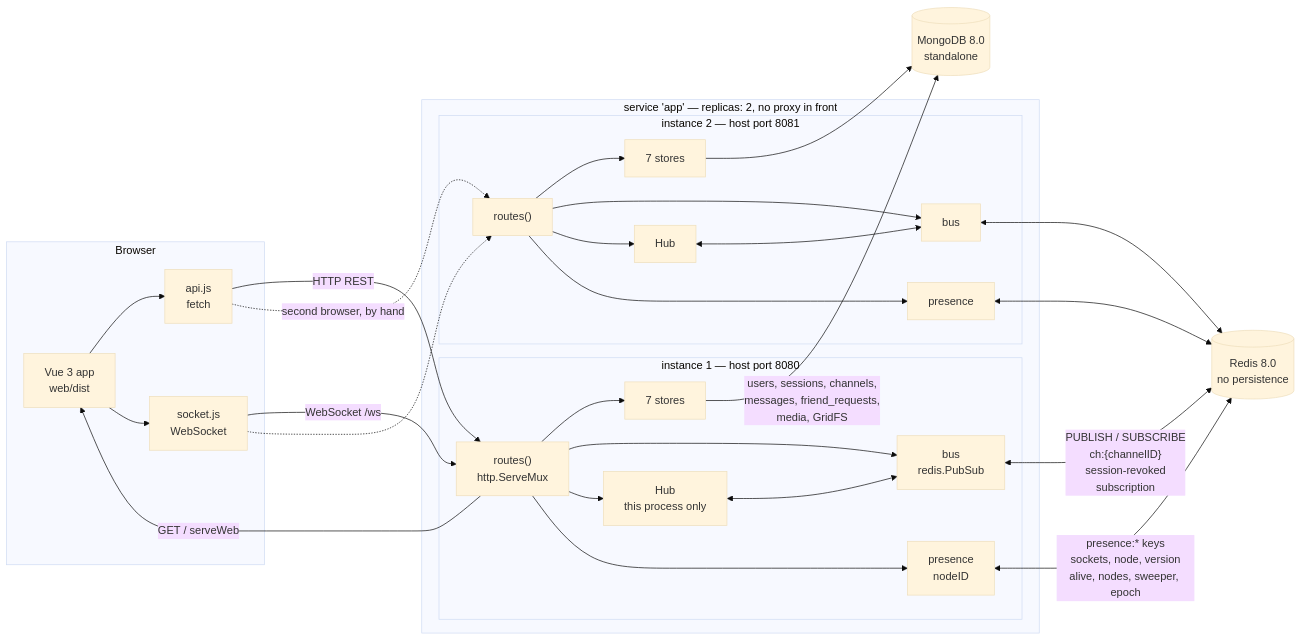
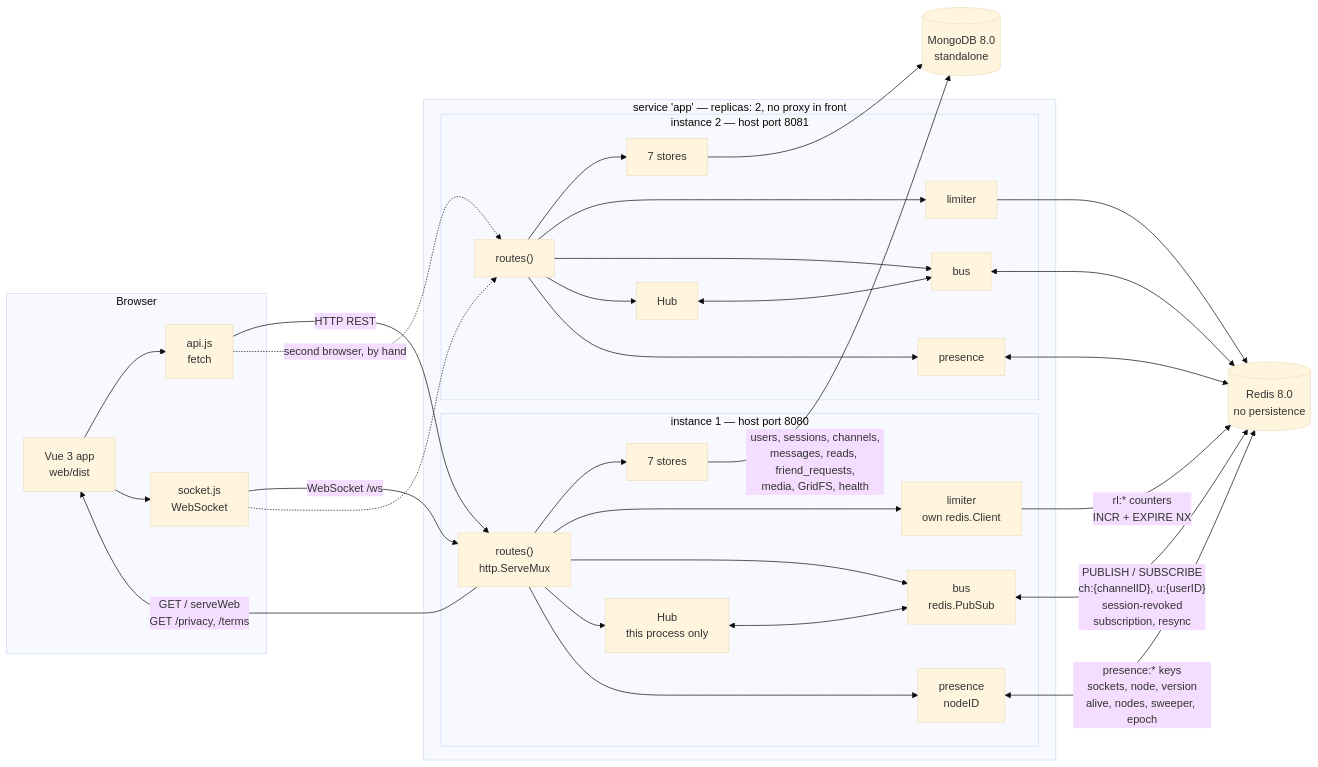
Before and after one commit to hdmtrn/nosql-messenger: the first of 13 diagrams in docs/diagrams/README.md, drawn with Mermaid (base theme). The commit also changed other lines of this file and 11 other files, not shown here.

````diff
--- a/docs/diagrams/README.md
+++ b/docs/diagrams/README.md
@@ -139,58 +140,65 @@
 ```mermaid
 %% Whole system: Vue client, two Go instances, Redis, MongoDB.
 %% Exact Redis key and topic formats are in the README tables.
 %% Sources: docker-compose.yml, Dockerfile, server/main.go, server/server.go,
-%% server/bus.go, server/presence.go, web/src/api.js, web/src/socket.js
+%% server/bus.go, server/presence.go, server/ratelimit.go, server/legal.go,
+%% web/src/api.js, web/src/socket.js
 flowchart LR
   subgraph client["Browser"]
     vue["Vue 3 app<br/>web/dist"]
     apijs["api.js<br/>fetch"]
     wsjs["socket.js<br/>WebSocket"]
     vue --> apijs
     vue --> wsjs
   end
 
   subgraph app["service 'app' — replicas: 2, no proxy in front"]
     subgraph n1["instance 1 — host port 8080"]
       mux1["routes()<br/>http.ServeMux"]
       hub1["Hub<br/>this process only"]
       bus1["bus<br/>redis.PubSub"]
       pres1["presence<br/>nodeID"]
       st1["7 stores"]
+      lim1["limiter<br/>own redis.Client"]
       mux1 --> st1
+      mux1 --> lim1
       mux1 --> bus1
       mux1 --> hub1
       hub1 <--> bus1
       mux1 --> pres1
     end
     subgraph n2["instance 2 — host port 8081"]
       mux2["routes()"]
       hub2["Hub"]
       bus2["bus"]
       pres2["presence"]
       st2["7 stores"]
+      lim2["limiter"]
       mux2 --> st2
+      mux2 --> lim2
       mux2 --> bus2
       mux2 --> hub2
       hub2 <--> bus2
       mux2 --> pres2
     end
   end
 
   redis[("Redis 8.0<br/>no persistence")]
   mongo[("MongoDB 8.0<br/>standalone")]
 
   apijs -->|"HTTP REST"| mux1
   wsjs -->|"WebSocket /ws"| mux1
   apijs -.->|"second browser, by hand"| mux2
   wsjs -.-> mux2
-  mux1 -->|"GET / serveWeb"| vue
+  mux1 -->|"GET / serveWeb<br/>GET /privacy, /terms"| vue
 
-  bus1 <-->|"PUBLISH / SUBSCRIBE<br/>ch:{channelID}<br/>session-revoked<br/>subscription"| redis
+  bus1 <-->|"PUBLISH / SUBSCRIBE<br/>ch:{channelID}, u:{userID}<br/>session-revoked<br/>subscription, resync"| redis
   bus2 <--> redis
   pres1 <-->|"presence:* keys<br/>sockets, node, version<br/>alive, nodes, sweeper, epoch"| redis
   pres2 <--> redis
+  lim1 -->|"rl:* counters<br/>INCR + EXPIRE NX"| redis
+  lim2 --> redis
 
-  st1 -->|"users, sessions, channels,<br/>messages, friend_requests,<br/>media, GridFS"| mongo
+  st1 -->|"users, sessions, channels,<br/>messages, reads, friend_requests,<br/>media, GridFS, health"| mongo
   st2 --> mongo
 ```
````
